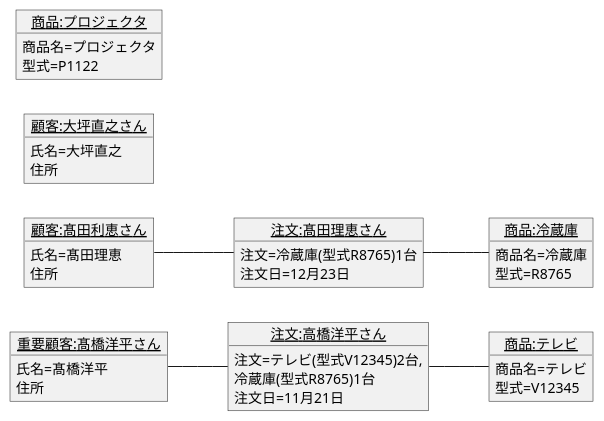
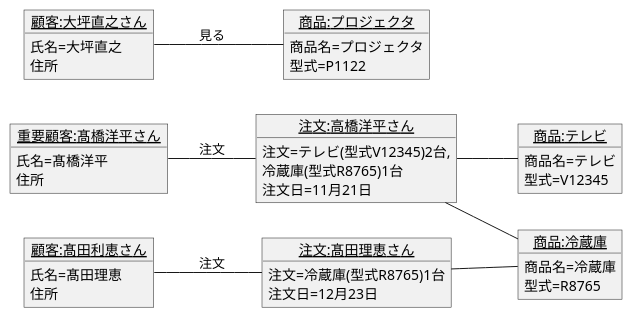
One commit to moppechan/uml_introduction changed the diagram in 演習3-7_OBJ_注文のオブジェクト図.pu. Above: the diagram before and after it, drawn with PlantUML. The commit also changed 4 other files, not shown here.

```diff
--- a/演習3-7_OBJ_注文のオブジェクト図.pu
+++ b/演習3-7_OBJ_注文のオブジェクト図.pu
@@ -1,40 +1,42 @@
 @startuml 注文
 left to right direction
 object "<u>重要顧客:髙橋洋平さん</u>" as vip {
 氏名=髙橋洋平
 住所      
 }
 object "<u>顧客:髙田利恵さん</u>" as user1 {
 氏名=髙田理恵 
 住所   
 }
 object "<u>顧客:大坪直之さん</u>" as user2 {
 氏名=大坪直之
 住所  
 }
 object "<u>注文:高橋洋平さん</u>" as order {
 注文=テレビ(型式V12345)2台,
 冷蔵庫(型式R8765)1台 
 注文日=11月21日    
 }
 object "<u>注文:髙田理恵さん</u>" as order2 {
 注文=冷蔵庫(型式R8765)1台
 注文日=12月23日   
 }
 object "<u>商品:テレビ</u>" as tv {
 商品名=テレビ
 型式=V12345    
 }
 object "<u>商品:冷蔵庫</u>" as rei {
 商品名=冷蔵庫
 型式=R8765    
 }
 object "<u>商品:プロジェクタ</u>" as pro {
 商品名=プロジェクタ
 型式=P1122    
 }
-vip -- order
-user1 -- order2
+vip -- order:注文
+user1 -- order2:注文
+user2 -- pro:見る
 order -- tv
+order -- rei
 order2 -- rei
 @enduml
```
